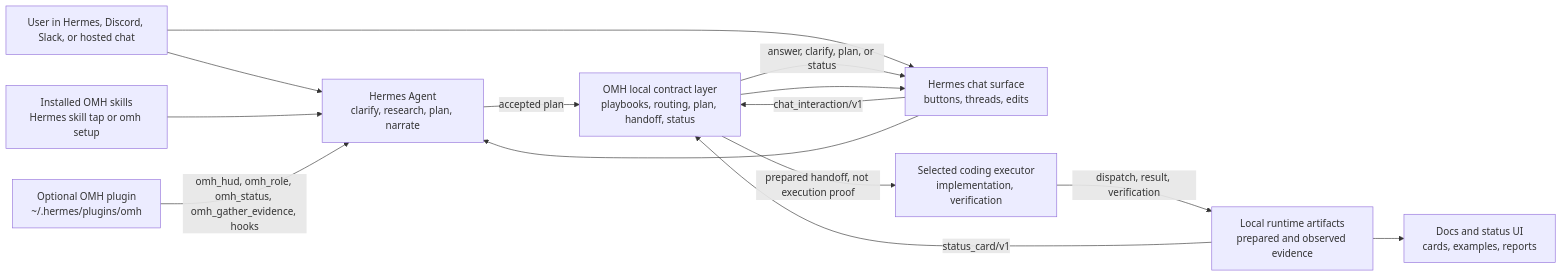
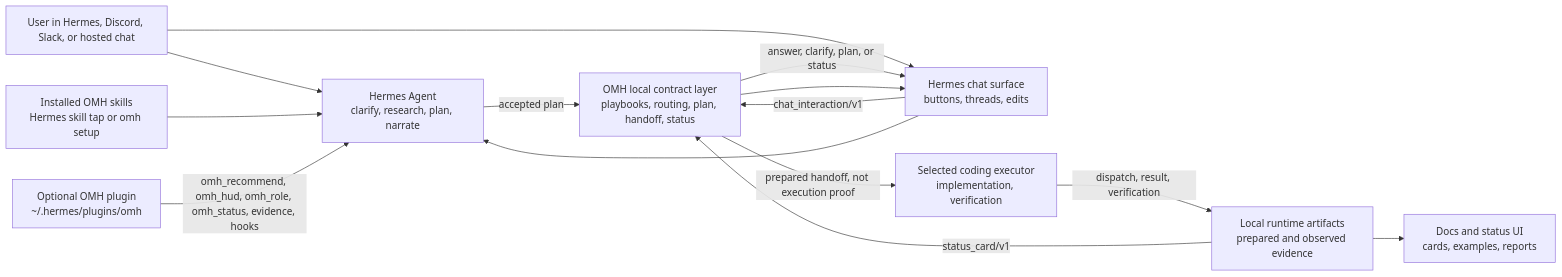
The diagram in docs/ARCHITECTURE.md (rlaope/oh-my-hermes), drawn with Mermaid before and after one commit. The commit also changed other lines of this file and 16 other files, not shown here.

````diff
--- a/docs/ARCHITECTURE.md
+++ b/docs/ARCHITECTURE.md
@@ -30,26 +31,26 @@
 ```mermaid
 flowchart LR
   user["User in Hermes, Discord, Slack, or hosted chat"]
   skills["Installed OMH skills\nHermes skill tap or omh setup"]
   plugin["Optional OMH plugin\n~/.hermes/plugins/omh"]
   wrapper["Hermes chat surface\nbuttons, threads, edits"]
   omh["OMH local contract layer\nplaybooks, routing, plan, handoff, status"]
   hermes["Hermes Agent\nclarify, research, plan, narrate"]
   executor["Selected coding executor\nimplementation, verification"]
   runtime["Local runtime artifacts\nprepared and observed evidence"]
   site["Docs and status UI\ncards, examples, reports"]
 
   user --> hermes
   skills --> hermes
-  plugin -->|"omh_hud, omh_role, omh_status, omh_gather_evidence, hooks"| hermes
+  plugin -->|"omh_recommend, omh_hud, omh_role, omh_status, evidence, hooks"| hermes
   user --> wrapper
   wrapper -->|"chat_interaction/v1"| omh
   omh -->|"answer, clarify, plan, or status"| wrapper
   wrapper --> hermes
   hermes -->|"accepted plan"| omh
   omh -->|"prepared handoff, not execution proof"| executor
   executor -->|"dispatch, result, verification"| runtime
   runtime -->|"status_card/v1"| omh
   omh --> wrapper
   runtime --> site
 ```
````
